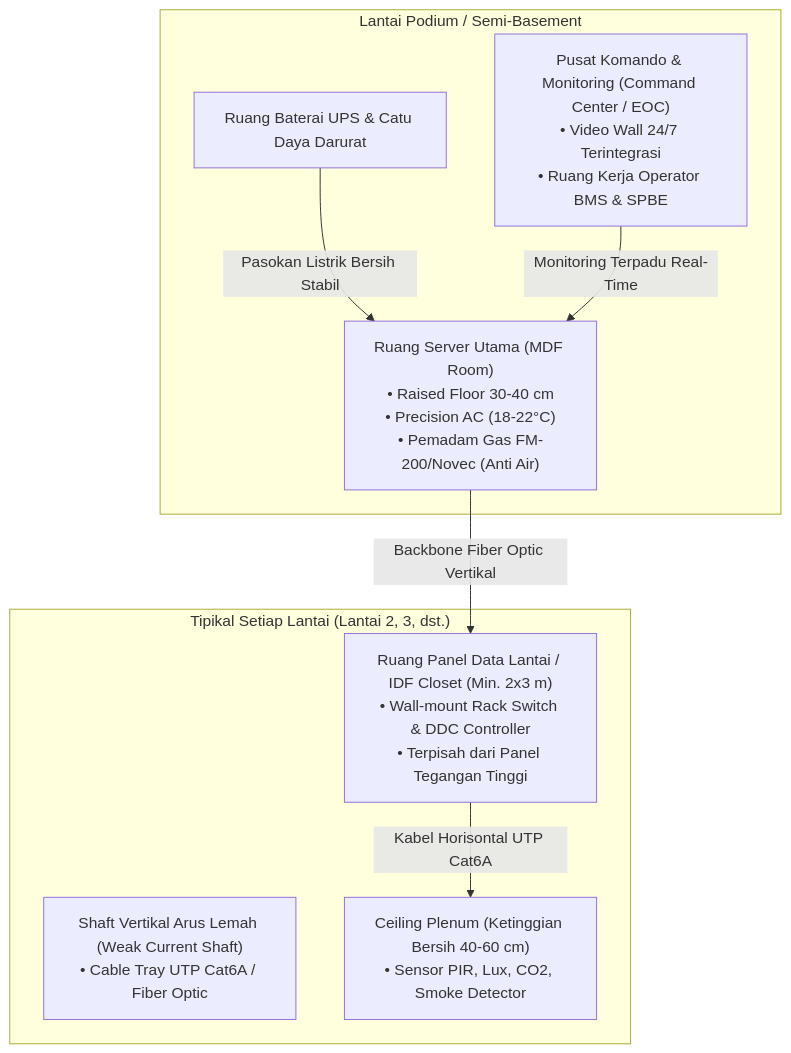
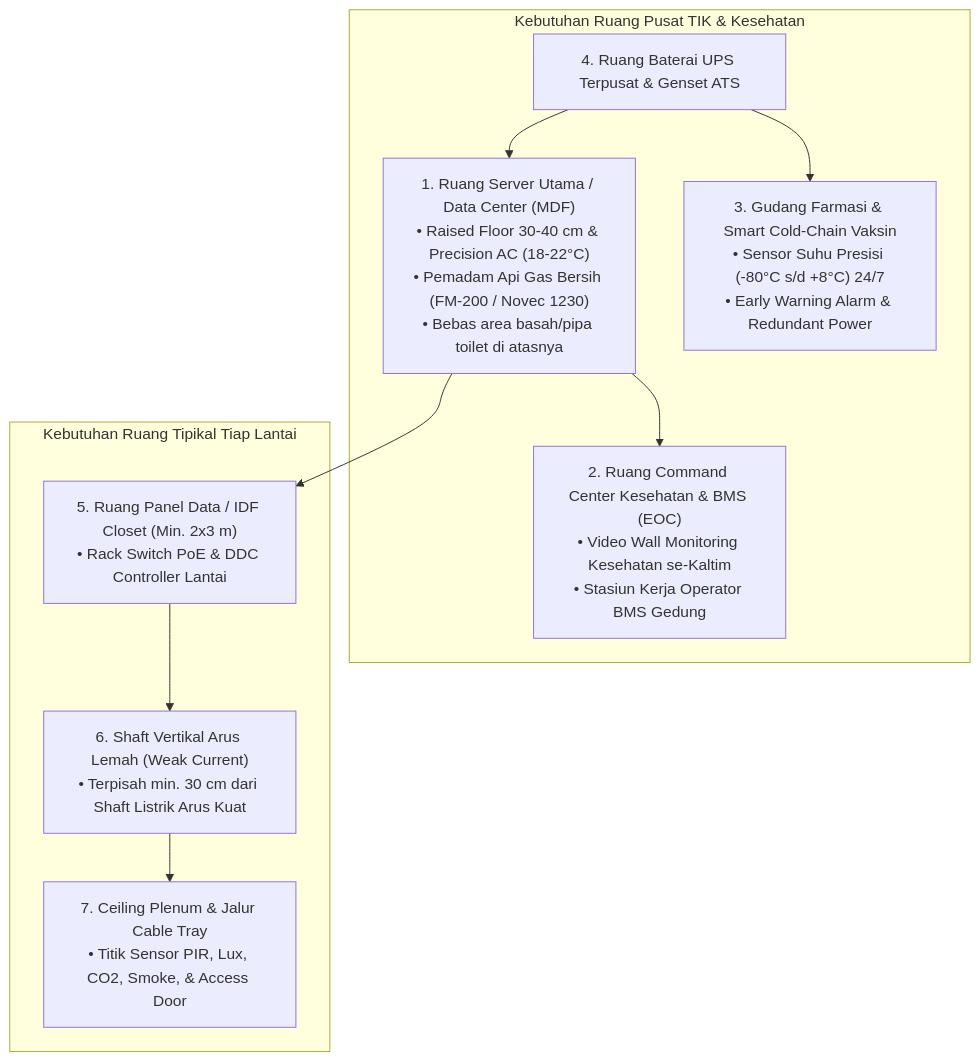
One commit to antonprafanto/thesis-consultation changed the second of 2 diagrams in audit_mahasiswa/laporan_audit_seminar_arsitektur_arya_rizqi_putra_mahardika.md. Above: the diagram before and after it, drawn with Mermaid. The commit also changed other lines of this file and 1 other file, not shown here.

````diff
--- a/audit_mahasiswa/laporan_audit_seminar_arsitektur_arya_rizqi_putra_mahardika.md
+++ b/audit_mahasiswa/laporan_audit_seminar_arsitektur_arya_rizqi_putra_mahardika.md
@@ -169,19 +194,22 @@
 ```mermaid
 flowchart TD
-    subgraph LANTAI_PODIUM["Lantai Podium / Semi-Basement"]
-        MDF["Ruang Server Utama (MDF Room)<br/>• Raised Floor 30-40 cm<br/>• Precision AC (18-22°C)<br/>• Pemadam Gas FM-200/Novec (Anti Air)"]
-        UPS["Ruang Baterai UPS & Catu Daya Darurat"]
-        EOC["Pusat Komando & Monitoring (Command Center / EOC)<br/>• Video Wall 24/7 Terintegrasi<br/>• Ruang Kerja Operator BMS & SPBE"]
-    end
-    
-    subgraph SETIAP_LANTAI_GEDUNG["Tipikal Setiap Lantai (Lantai 2, 3, dst.)"]
-        IDF["Ruang Panel Data Lantai / IDF Closet (Min. 2x3 m)<br/>• Wall-mount Rack Switch & DDC Controller<br/>• Terpisah dari Panel Tegangan Tinggi"]
-        SHAFT["Shaft Vertikal Arus Lemah (Weak Current Shaft)<br/>• Cable Tray UTP Cat6A / Fiber Optic"]
-        PLENUM["Ceiling Plenum (Ketinggian Bersih 40-60 cm)<br/>• Sensor PIR, Lux, CO2, Smoke Detector"]
+    subgraph LANTAI_UTAMA["Kebutuhan Ruang Pusat TIK & Kesehatan"]
+        MDF["1. Ruang Server Utama / Data Center (MDF)<br/>• Raised Floor 30-40 cm & Precision AC (18-22°C)<br/>• Pemadam Api Gas Bersih (FM-200 / Novec 1230)<br/>• Bebas area basah/pipa toilet di atasnya"]
+        EOC["2. Ruang Command Center Kesehatan & BMS (EOC)<br/>• Video Wall Monitoring Kesehatan se-Kaltim<br/>• Stasiun Kerja Operator BMS Gedung"]
+        COLD["3. Gudang Farmasi & Smart Cold-Chain Vaksin<br/>• Sensor Suhu Presisi (-80°C s/d +8°C) 24/7<br/>• Early Warning Alarm & Redundant Power"]
+        UPS["4. Ruang Baterai UPS Terpusat & Genset ATS"]
     end
 
-    MDF -->|Backbone Fiber Optic Vertikal| IDF
-    UPS -->|Pasokan Listrik Bersih Stabil| MDF
-    IDF -->|Kabel Horisontal UTP Cat6A| PLENUM
-    EOC -->|Monitoring Terpadu Real-Time| MDF
+    subgraph TIAP_LANTAI["Kebutuhan Ruang Tipikal Tiap Lantai"]
+        IDF["5. Ruang Panel Data / IDF Closet (Min. 2x3 m)<br/>• Rack Switch PoE & DDC Controller Lantai"]
+        SHAFT["6. Shaft Vertikal Arus Lemah (Weak Current)<br/>• Terpisah min. 30 cm dari Shaft Listrik Arus Kuat"]
+        PLENUM["7. Ceiling Plenum & Jalur Cable Tray<br/>• Titik Sensor PIR, Lux, CO2, Smoke, & Access Door"]
+    end
+
+    UPS --> MDF
+    UPS --> COLD
+    MDF --> EOC
+    MDF --> IDF
+    IDF --> SHAFT
+    SHAFT --> PLENUM
 ```
````
